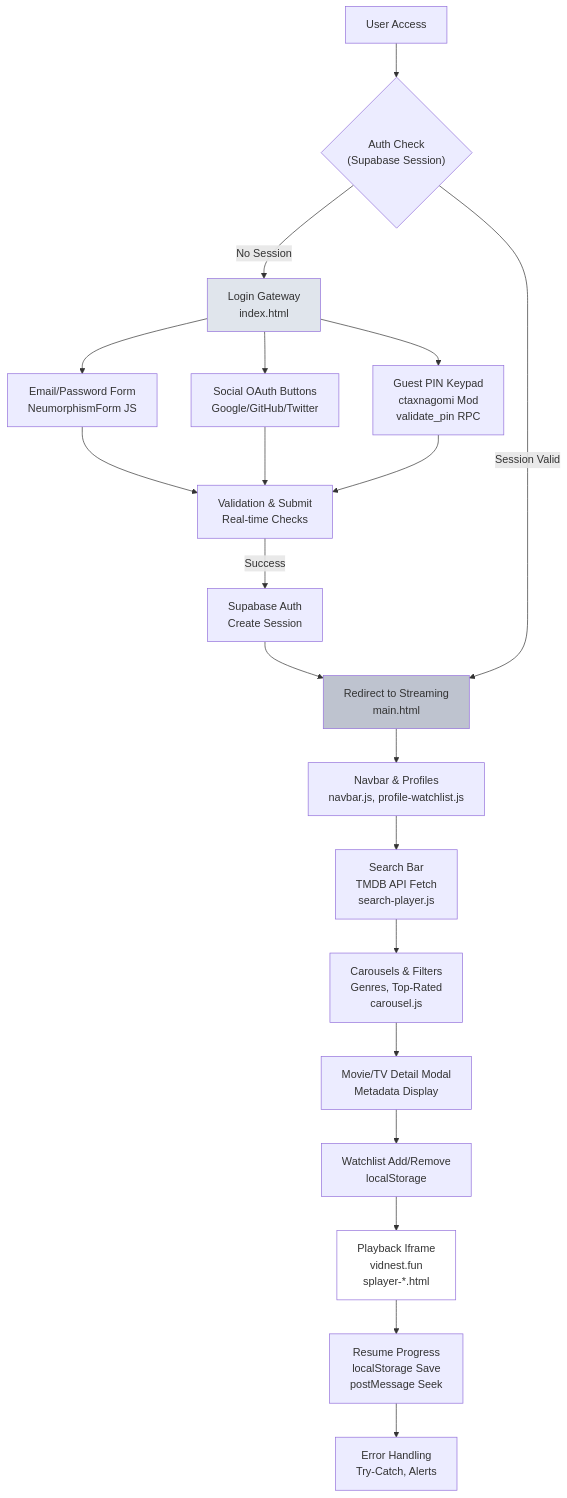
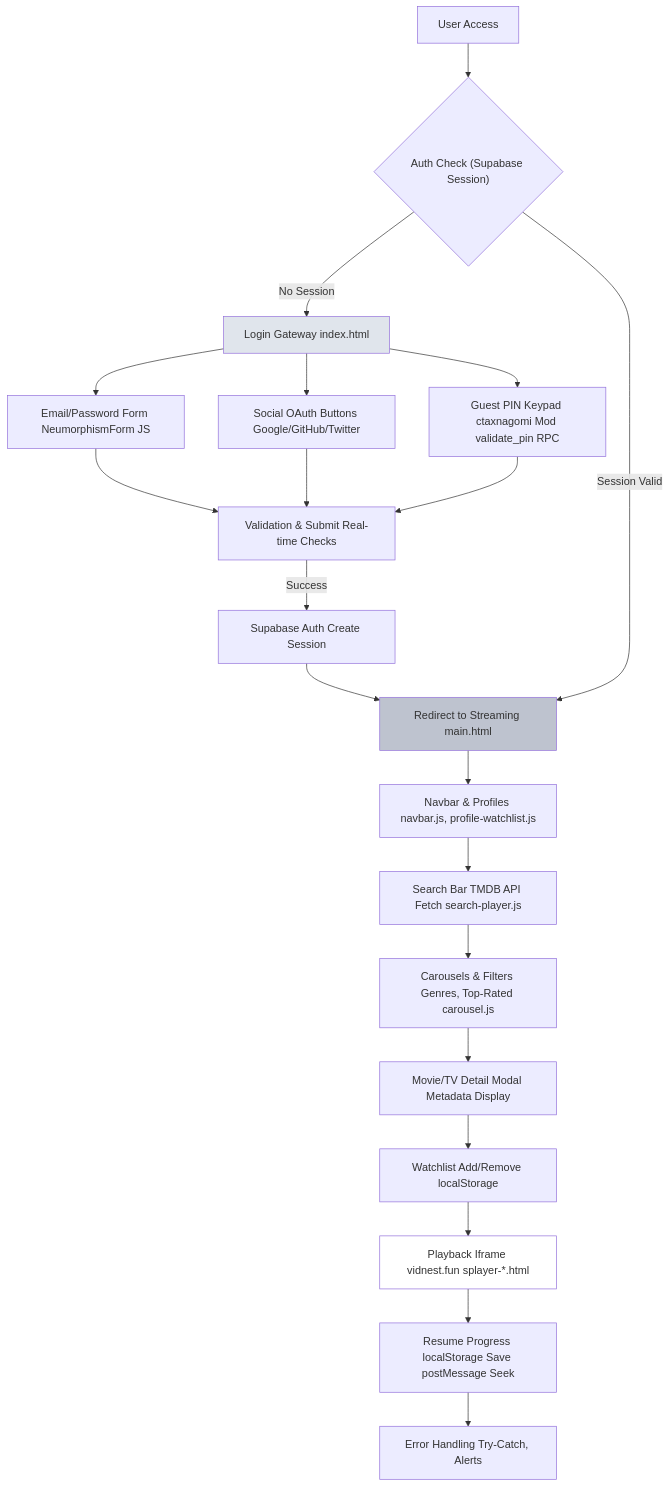
Before and after one commit to ctaxnagomi/WSP-maindev-v.2.18.0: the first of 2 diagrams in README.md, drawn with Mermaid. The commit also changed other lines of this file, not shown here.

Commit message:
Update Mermaid diagrams for improved readability
Removed line breaks and simplified node labels in Mermaid diagrams within README.md for better clarity and rendering. No functional or content changes were made to the described workflows.

````diff
--- a/README.md
+++ b/README.md
@@ -90,25 +90,25 @@
 ```mermaid
 graph TD
-    A[User Access] --> B{"Auth Check\n(Supabase Session)"}
-    B -->|No Session| C["Login Gateway\nindex.html"]
-    C --> D["Email/Password Form\nNeumorphismForm JS"]
-    C --> E["Social OAuth Buttons\nGoogle/GitHub/Twitter"]
-    C --> F["Guest PIN Keypad\nctaxnagomi Mod\nvalidate_pin RPC"]
-    D --> G["Validation & Submit\nReal-time Checks"]
+    A[User Access] --> B{"Auth Check (Supabase Session)"}
+    B -->|No Session| C["Login Gateway index.html"]
+    C --> D["Email/Password Form NeumorphismForm JS"]
+    C --> E["Social OAuth Buttons Google/GitHub/Twitter"]
+    C --> F["Guest PIN Keypad ctaxnagomi Mod validate_pin RPC"]
+    D --> G["Validation & Submit Real-time Checks"]
     E --> G
     F --> G
-    G -->|Success| H["Supabase Auth\nCreate Session"]
-    H --> I["Redirect to Streaming\nmain.html"]
+    G -->|Success| H["Supabase Auth Create Session"]
+    H --> I["Redirect to Streaming main.html"]
     B -->|Session Valid| I
-    I --> J["Navbar & Profiles\nnavbar.js, profile-watchlist.js"]
-    J --> K["Search Bar\nTMDB API Fetch\nsearch-player.js"]
-    K --> L["Carousels & Filters\nGenres, Top-Rated\ncarousel.js"]
-    L --> M["Movie/TV Detail Modal\nMetadata Display"]
-    M --> N["Watchlist Add/Remove\nlocalStorage"]
-    N --> O["Playback Iframe\nvidnest.fun\nsplayer-*.html"]
-    O --> P["Resume Progress\nlocalStorage Save\npostMessage Seek"]
-    P --> Q["Error Handling\nTry-Catch, Alerts"]
+    I --> J["Navbar & Profiles navbar.js, profile-watchlist.js"]
+    J --> K["Search Bar TMDB API Fetch search-player.js"]
+    K --> L["Carousels & Filters Genres, Top-Rated carousel.js"]
+    L --> M["Movie/TV Detail Modal Metadata Display"]
+    M --> N["Watchlist Add/Remove localStorage"]
+    N --> O["Playback Iframe vidnest.fun splayer-*.html"]
+    O --> P["Resume Progress localStorage Save postMessage Seek"]
+    P --> Q["Error Handling Try-Catch, Alerts"]
     style C fill:#e0e5ec
     style I fill:#bec3cf
     style O fill:#ffffff
 ```
````
